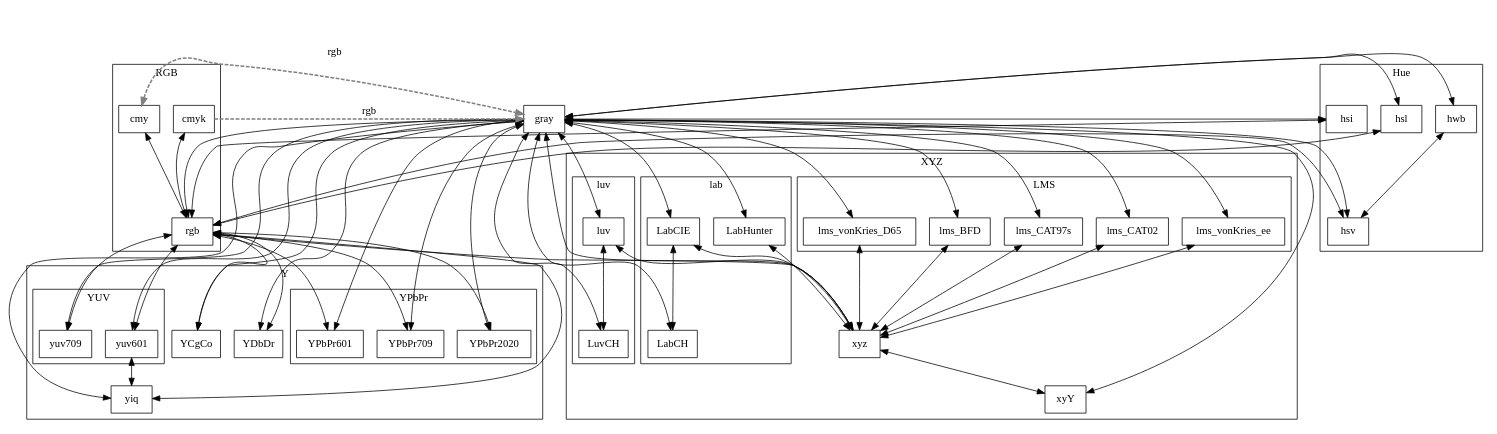
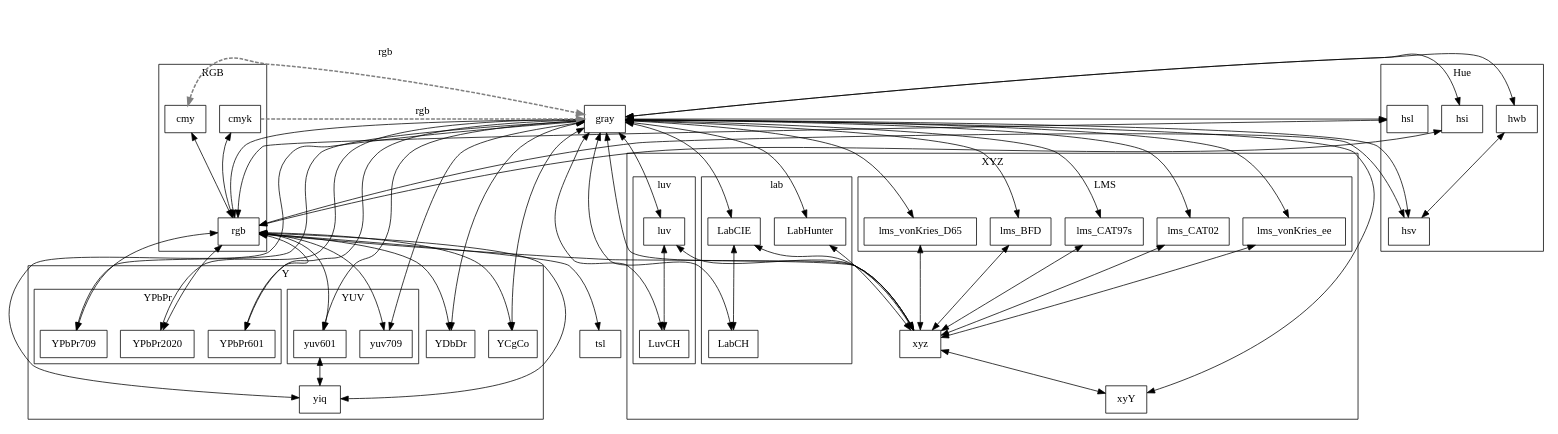
Before and after one commit to dmilos/color: the diagram in doc/gv/conv.gv, drawn with Graphviz. The commit also changed 286 other files, not shown here.

Commit message:
*new:[API] TSL ( Tint, Saturation, Lightness ) *new:[API] rgb saturation/chroma<hanbury> *enhance[test] Added CMakeLists.txt *fix:[internal] lms::CAT97 *fix:: get::saturation(lab), get::saturation(rgb)

```diff
--- a/doc/gv/conv.gv
+++ b/doc/gv/conv.gv
@@ -1,160 +1,161 @@
 digraph color_conversion {
 	node [ shape ="box" ];
 	//gray [ color=gray, penwidth = 5 ];
 	//rgb [ style=striped , fillcolor="red:green:blue" ];
 
 	cmy  -> gray [ label = "rgb", style=dashed, color=gray, penwidth = 2, dir=both ];
 	cmy  -> rgb  [ label = "", dir=both  ];
 
 	cmyk -> gray[ label = "rgb", style=dashed, color=gray, penwidth = 2, dir=forward ];
 	cmyk -> rgb [ label = "", dir=both ];
 
 	gray -> hsi   [ label = "", dir=both ];
 	gray -> hsl   [ label = "", dir=both ];
 	gray -> hsv   [ label = "", dir=both  ];
 	gray -> hwb   [ label = "", dir=both ];
 	gray -> rgb   [ label = "", dir=both ];
 	gray -> xyz   [ label = "", dir=both ];
 	gray -> YCgCo [ label = "", dir=both ];
 	gray -> YDbDr [ label = "", dir=both ];
 	gray -> yiq   [ label = "", dir=both ];
 	gray -> YPbPr601  [ label = "", dir=both ];
 	gray -> YPbPr709  [ label = "", dir=both ];
 	gray -> YPbPr2020 [ label = "", dir=both ];
 	gray -> yuv601   [ label = "", dir=both ];
 	gray -> yuv709   [ label = "", dir=both ];
 
 	gray -> lms_vonKries_ee   [ label = "", dir=both ];
 	gray -> lms_vonKries_D65   [ label = "", dir=both ];
 	gray -> lms_BFD   [ label = "", dir=both ];
 	gray -> lms_CAT97s   [ label = "", dir=both ];
 	gray -> lms_CAT02   [ label = "", dir=both ];
 	gray -> luv   [ label = "", dir=both ];
 	gray -> LabCIE   [ label = "", dir=both ];
 	gray -> LabHunter[ label = "", dir=both ];
 	gray -> xyY   [ label = "", dir=both ];
 
 	gray -> LabCH [ label = "", dir=both ];
 	gray -> LuvCH [ label = "", dir=both ];
 
 	hwb  -> hsv[ label = "", dir=both ];
 
 	hsi  -> rgb [ label = "", dir=both ];
 
 	hsl  -> rgb [ label = "", dir=both ];
 
 	hsv  -> rgb [ label = "", dir=both ];
 
 	lms_vonKries_ee -> xyz[ label = "", dir=both ];
 	lms_vonKries_D65 -> xyz[ label = "", dir=both ];
 	lms_BFD  -> xyz[ label = "", dir=both ];
 	lms_CAT97s -> xyz[ label = "", dir=both ];
 	lms_CAT02  -> xyz[ label = "", dir=both ];
 	luv -> xyz [ label = "", dir=both ];
 
 	rgb -> xyz   [ label = "", dir=both ];
 	rgb -> YCgCo [ label = "", dir=both ];
 	rgb -> YDbDr [ label = "", dir=both ];
 	rgb -> yiq   [ label = "", dir=both ];
 	rgb -> YPbPr601  [ label = "", dir=both ];
 	rgb -> YPbPr709  [ label = "", dir=both ];
 	rgb -> YPbPr2020 [ label = "", dir=both ];
 	rgb -> yuv601[ label = "", dir=both ];
 	rgb -> yuv709[ label = "", dir=both ];
+	rgb -> tsl[ label = "", dir=both ];
 
 	//xyz -> Hunter  [ label = "", dir=both ];
 	xyz -> xyY     [ label = "", dir=both ];
 	LabCIE -> xyz     [ label = "", dir=both ];
 	LabHunter -> xyz     [ label = "", dir=both ];
 	LabCIE -> LabCH   [ label = "", dir=both ];
 	luv -> LuvCH   [ label = "", dir=both ];
 
 	//yuv -> yuv   [ label = "", dir=both ];
 
 	yuv601 -> yiq   [ label = "", dir=both ];
 
 	subgraph cluster_hue
 	{
 		label = "Hue";
 		node [ ] hwb;
 		node [ ] hsi;
 		node [ ] hsl;
 		node [ ] hsv;
 	}
 
 	subgraph cluster_Y
 	{
 		label = "Y";
 		node [ ] YCgCo;
 		node [ ] YDbDr;
 		node [ ] yiq  ;
 		node [ ] YPbPr601 ;
 		node [ ] YPbPr709 ;
 		node [ ] YPbPr2020;
 		node [ ] yuv601;
 		node [ ] yuv709;
 		subgraph cluster_yuv
 		{
 			label = "YUV";
 			node [ ] yuv601;
 			node [ ] yuv709;
 		}
 		subgraph cluster_YPbPr
 		{
 			label = "YPbPr";
 			node [ ] YPbPr601 ;
 			node [ ] YPbPr709 ;
 			node [ ] YPbPr2020;
 		}
 	}
 
 	subgraph cluster_CIE
 	{
 		label = "XYZ";
 		node [ ] xyz;
 		node [ ] xyY;
 
 		subgraph cluster_LMS
 		{
 			label = "LMS";
 			node [ ] lms_vonKries_ee;
 			node [ ] lms_vonKries_D65;
 			node [ ] lms_BFD;
 			node [ ] lms_CAT97s;
 			node [ ] lms_CAT02;
 		}
 
 		subgraph cluster_lab
 		{
 			label = "lab";
 			node [ ] LabCIE;
 			node [ ] LabHunter;
 			node [ ] LabCH;
 		}
 		subgraph cluster_luv
 		{
 			label = "luv";
 			node [ ] luv;
 			node [ ] LuvCH;
 		}
 
 	}
 
 	subgraph cluster_RGB
 	{
 		label = "RGB";
 		node [ ] cmy;
 		node [ ] rgb;
 		node [ ] cmyk;
 	}
 
 
 	//subgraph cluster_center
 	//{
 	//	label = "center";
 	//	node [ ] rgb;
 	//	node [ ] xyz;
 	//	node [ ] gray;
 	//}
 
 }
```
